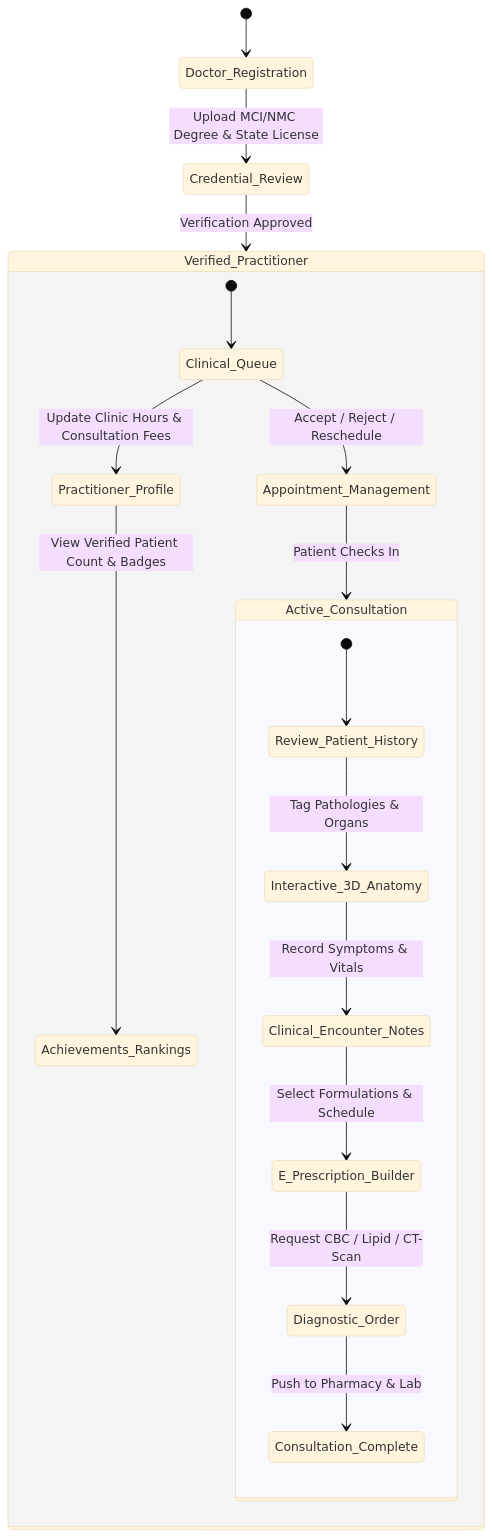
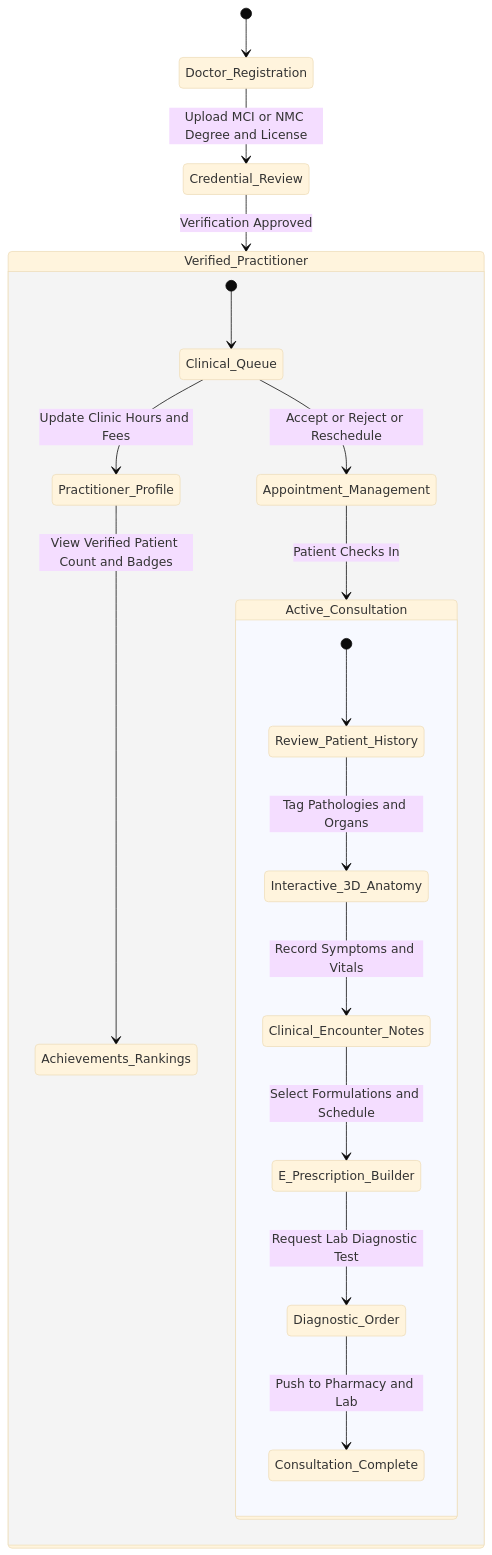
Before and after one commit to yashasvi202006/WIDA: the third of 6 diagrams in README.md, drawn with Mermaid (base theme). The commit also changed other lines of this file, not shown here.

Commit message:
fix(docs): eliminate semicolons and special characters across all Mermaid diagrams

````diff
--- a/README.md
+++ b/README.md
@@ -248,24 +248,24 @@
 ```mermaid
 stateDiagram-v2
     [*] --> Doctor_Registration
-    Doctor_Registration --> Credential_Review: Upload MCI/NMC Degree & State License
+    Doctor_Registration --> Credential_Review: Upload MCI or NMC Degree and License
     Credential_Review --> Verified_Practitioner: Verification Approved
     
     state Verified_Practitioner {
         [*] --> Clinical_Queue
-        Clinical_Queue --> Appointment_Management: Accept / Reject / Reschedule
+        Clinical_Queue --> Appointment_Management: Accept or Reject or Reschedule
         Appointment_Management --> Active_Consultation: Patient Checks In
         
         state Active_Consultation {
             [*] --> Review_Patient_History
-            Review_Patient_History --> Interactive_3D_Anatomy: Tag Pathologies & Organs
-            Interactive_3D_Anatomy --> Clinical_Encounter_Notes: Record Symptoms & Vitals
-            Clinical_Encounter_Notes --> E_Prescription_Builder: Select Formulations & Schedule
-            E_Prescription_Builder --> Diagnostic_Order: Request CBC / Lipid / CT-Scan
-            Diagnostic_Order --> Consultation_Complete: Push to Pharmacy & Lab
+            Review_Patient_History --> Interactive_3D_Anatomy: Tag Pathologies and Organs
+            Interactive_3D_Anatomy --> Clinical_Encounter_Notes: Record Symptoms and Vitals
+            Clinical_Encounter_Notes --> E_Prescription_Builder: Select Formulations and Schedule
+            E_Prescription_Builder --> Diagnostic_Order: Request Lab Diagnostic Test
+            Diagnostic_Order --> Consultation_Complete: Push to Pharmacy and Lab
         }
         
-        Clinical_Queue --> Practitioner_Profile: Update Clinic Hours & Consultation Fees
-        Practitioner_Profile --> Achievements_Rankings: View Verified Patient Count & Badges
+        Clinical_Queue --> Practitioner_Profile: Update Clinic Hours and Fees
+        Practitioner_Profile --> Achievements_Rankings: View Verified Patient Count and Badges
     }
 ```
````
